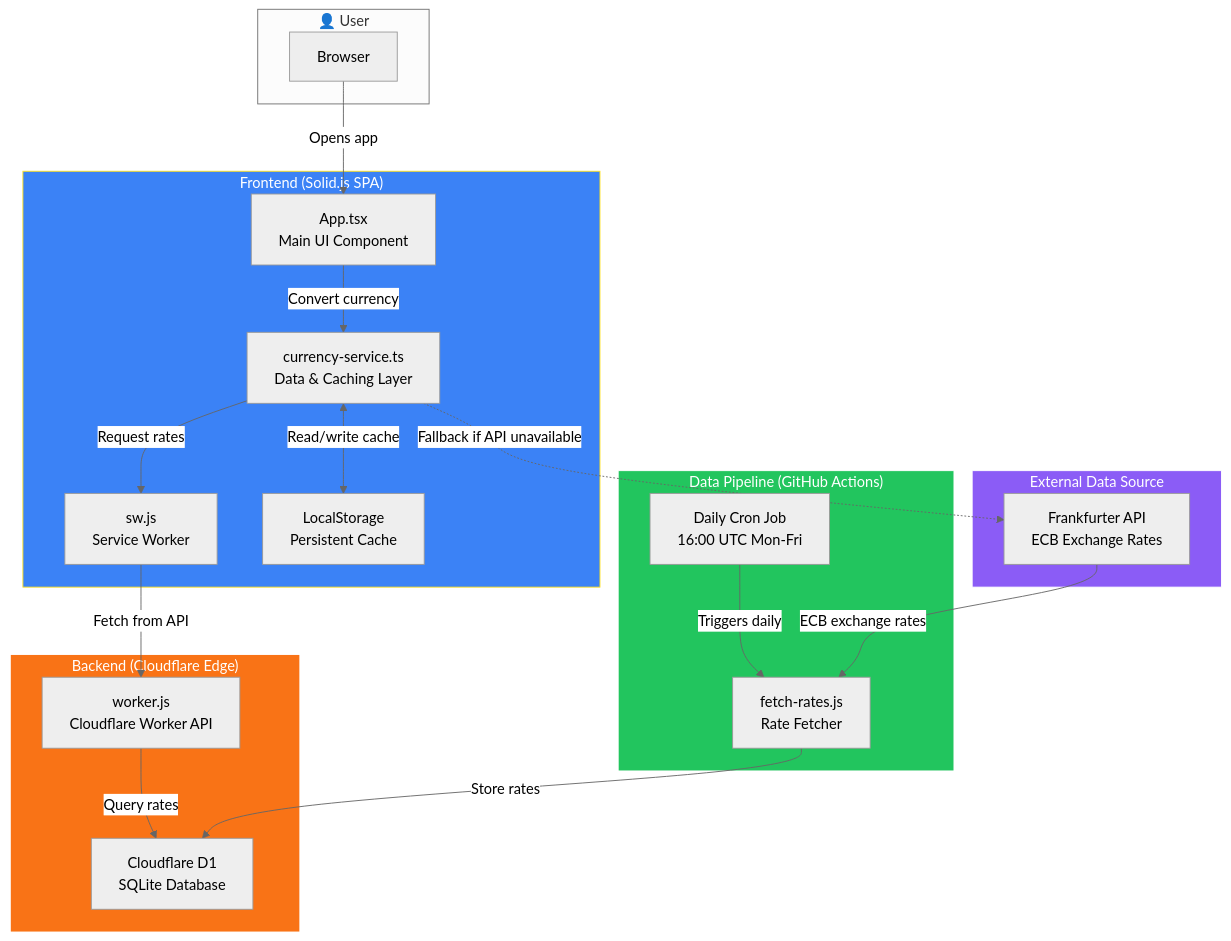
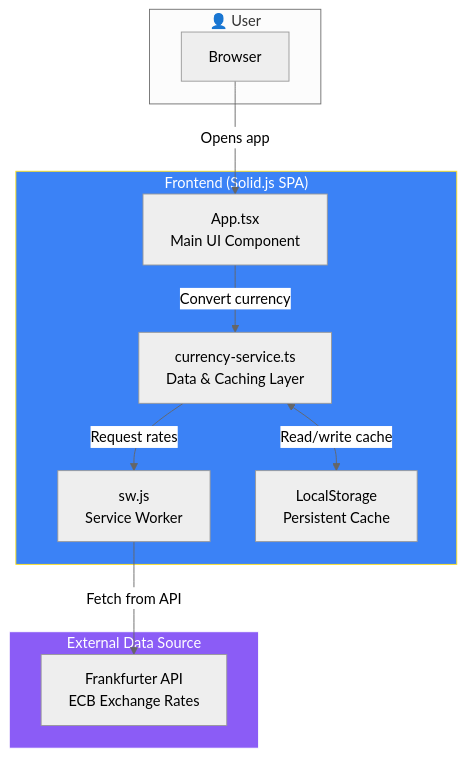
Before and after one commit to josephmarkus/currency-converter: the first of 2 diagrams in README.md, drawn with Mermaid (neutral theme). The commit also changed other lines of this file and 23 other files, not shown here.

Commit message:
Call Frankfurter API directly; remove GH cron job

````diff
--- a/README.md
+++ b/README.md
@@ -22,53 +22,30 @@
 ```mermaid
 flowchart TB
     subgraph User["👤 User"]
         Browser["Browser"]
     end
 
     subgraph Frontend["Frontend (Solid.js SPA)"]
         App["App.tsx<br/>Main UI Component"]
         CurrencyService["currency-service.ts<br/>Data & Caching Layer"]
         ServiceWorker["sw.js<br/>Service Worker"]
         LocalStorage["LocalStorage<br/>Persistent Cache"]
     end
 
-    subgraph Backend["Backend (Cloudflare Edge)"]
-        Worker["worker.js<br/>Cloudflare Worker API"]
-        D1["Cloudflare D1<br/>SQLite Database"]
-    end
-
-    subgraph DataPipeline["Data Pipeline (GitHub Actions)"]
-        Cron["Daily Cron Job<br/>16:00 UTC Mon-Fri"]
-        FetchScript["fetch-rates.js<br/>Rate Fetcher"]
-    end
-
     subgraph ExternalAPI["External Data Source"]
         Frankfurter["Frankfurter API<br/>ECB Exchange Rates"]
     end
 
     %% User interactions
     Browser -->|Opens app| App
     App -->|Convert currency| CurrencyService
 
     %% Frontend data flow
     CurrencyService <-->|Read/write cache| LocalStorage
     CurrencyService -->|Request rates| ServiceWorker
-    ServiceWorker -->|Fetch from API| Worker
-
-    %% Fallback path
-    CurrencyService -.->|Fallback if API unavailable| Frankfurter
-
-    %% Backend data flow
-    Worker -->|Query rates| D1
-
-    %% Data pipeline - daily rate ingestion
-    Cron -->|Triggers daily| FetchScript
-    Frankfurter -->|ECB exchange rates| FetchScript
-    FetchScript -->|Store rates| D1
+    ServiceWorker -->|Fetch from API| Frankfurter
 
     %% Styling
     style Frontend fill:#3b82f6,stroke:#FFE11D,color:#fff
-    style Backend fill:#f97316,stroke:#fff,color:#fff
-    style DataPipeline fill:#22c55e,stroke:#fff,color:#fff
     style ExternalAPI fill:#8b5cf6,stroke:#fff,color:#fff
 ```
````
